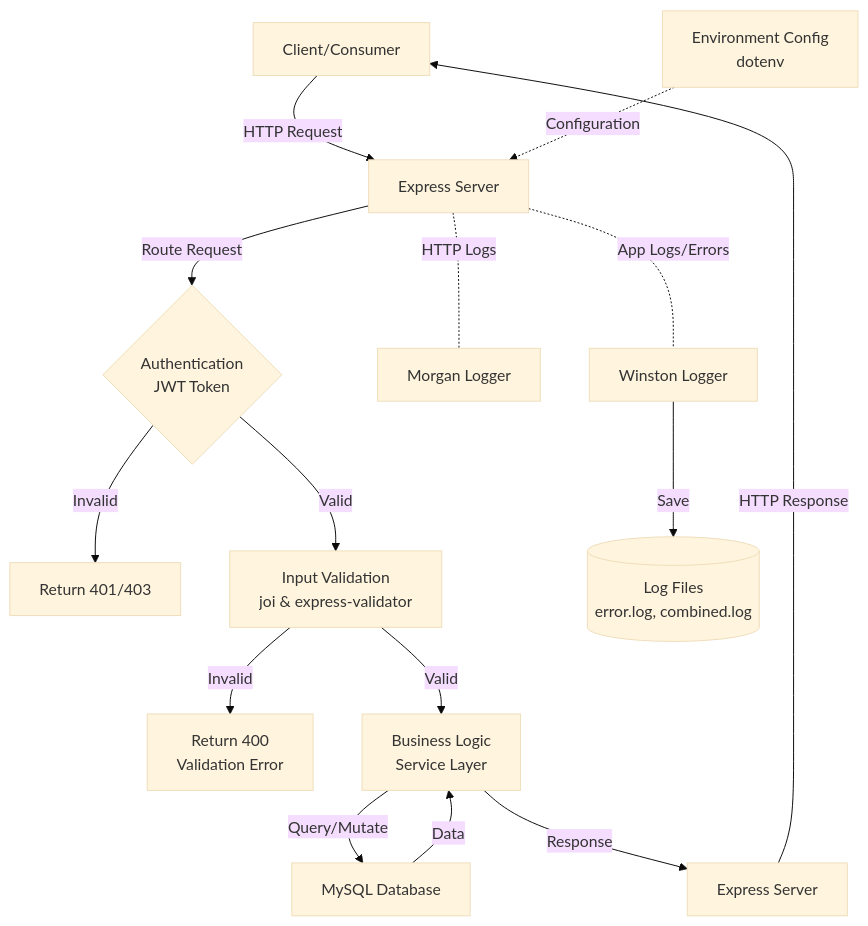
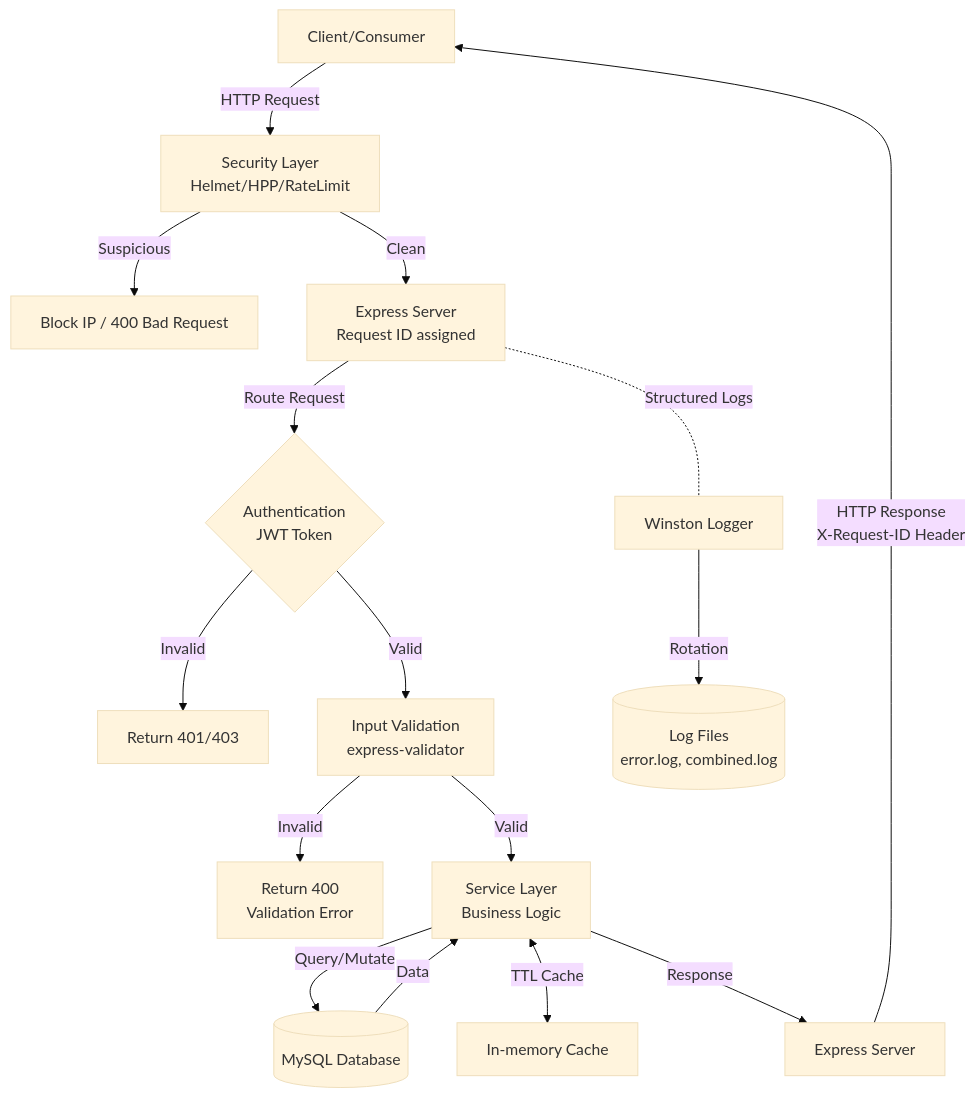
The diagram in ARCHITECTURE.md (philipmagar/taskflow), drawn with Mermaid (base theme) before and after one commit. The commit also changed other lines of this file, not shown here.

Commit message:
Update ARCHITECTURE.md with modern layered design, security layers, and testing infrastructure

````diff
--- a/ARCHITECTURE.md
+++ b/ARCHITECTURE.md
@@ -51,17 +61,18 @@
 ```mermaid
 graph TD
-    A[Client/Consumer] -->|HTTP Request| B[Express Server]
+    A[Client/Consumer] -->|HTTP Request| Sec[Security Layer<br/>Helmet/HPP/RateLimit]
+    Sec -->|Suspicious| Block[Block IP / 400 Bad Request]
+    Sec -->|Clean| B[Express Server<br/>Request ID assigned]
     B -->|Route Request| C{Authentication<br/>JWT Token}
     C -->|Invalid| D[Return 401/403]
-    C -->|Valid| E[Input Validation<br/>joi & express-validator]
+    C -->|Valid| E[Input Validation<br/>express-validator]
     E -->|Invalid| F[Return 400<br/>Validation Error]
-    E -->|Valid| G[Business Logic<br/>Service Layer]
-    G -->|Query/Mutate| H[MySQL Database]
+    E -->|Valid| G[Service Layer<br/>Business Logic]
+    G -->|Query/Mutate| H[(MySQL Database)]
+    G <-->|TTL Cache| Cache[In-memory Cache]
     H -->|Data| G
     G -->|Response| I[Express Server]
-    I -->|HTTP Response| A
-    B-.-|HTTP Logs| J[Morgan Logger]
-    B-.-|App Logs/Errors| L[Winston Logger]
-    L -->|Save| M[(Log Files<br/>error.log, combined.log)]
-    K[Environment Config<br/>dotenv] -.->|Configuration| B
+    I -->|HTTP Response<br/>X-Request-ID Header| A
+    B-.-|Structured Logs| L[Winston Logger]
+    L -->|Rotation| M[(Log Files<br/>error.log, combined.log)]
 ```
````
